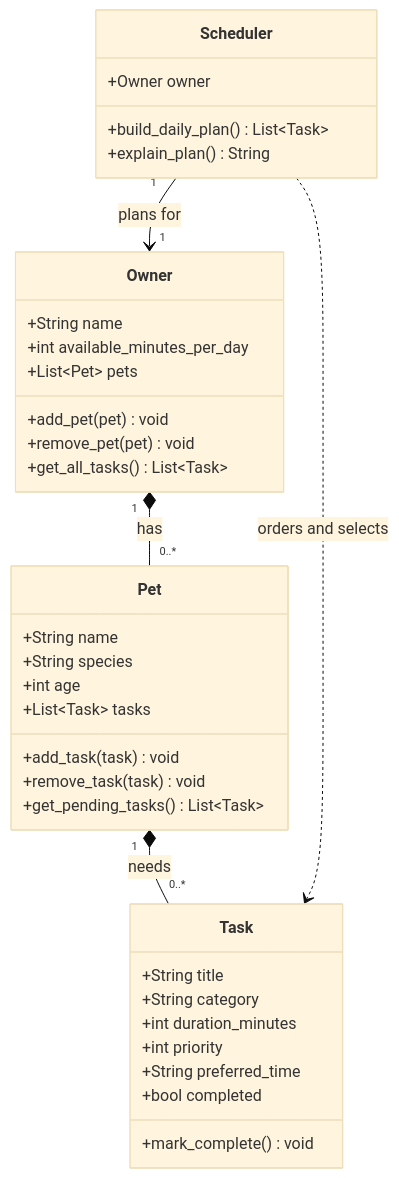
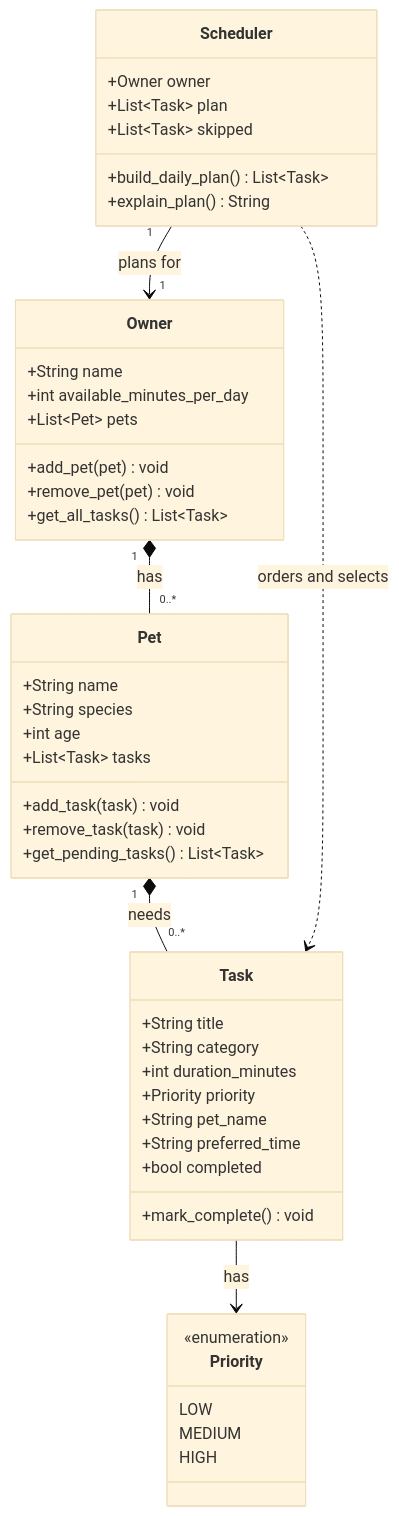
The diagram in diagrams/uml_draft.mmd (rremy04/ai110-module2show-pawpal-starter), drawn with Mermaid (base theme) before and after one commit. The commit also changed 5 other files, not shown here.

```diff
--- a/diagrams/uml_draft.mmd
+++ b/diagrams/uml_draft.mmd
@@ -1,42 +1,53 @@
 classDiagram
     %% PawPal+ draft design: Owner, Pet, Task, Scheduler
 
     class Owner {
         +String name
         +int available_minutes_per_day
         +List~Pet~ pets
         +add_pet(pet) void
         +remove_pet(pet) void
         +get_all_tasks() List~Task~
     }
 
     class Pet {
         +String name
         +String species
         +int age
         +List~Task~ tasks
         +add_task(task) void
         +remove_task(task) void
         +get_pending_tasks() List~Task~
     }
 
     class Task {
         +String title
         +String category
         +int duration_minutes
-        +int priority
+        +Priority priority
+        +String pet_name
         +String preferred_time
         +bool completed
         +mark_complete() void
     }
 
     class Scheduler {
         +Owner owner
+        +List~Task~ plan
+        +List~Task~ skipped
         +build_daily_plan() List~Task~
         +explain_plan() String
     }
 
+    class Priority {
+        <<enumeration>>
+        LOW
+        MEDIUM
+        HIGH
+    }
+
+    Task --> Priority : has
     Owner "1" *-- "0..*" Pet : has
     Pet "1" *-- "0..*" Task : needs
     Scheduler "1" --> "1" Owner : plans for
     Scheduler ..> Task : orders and selects
```
